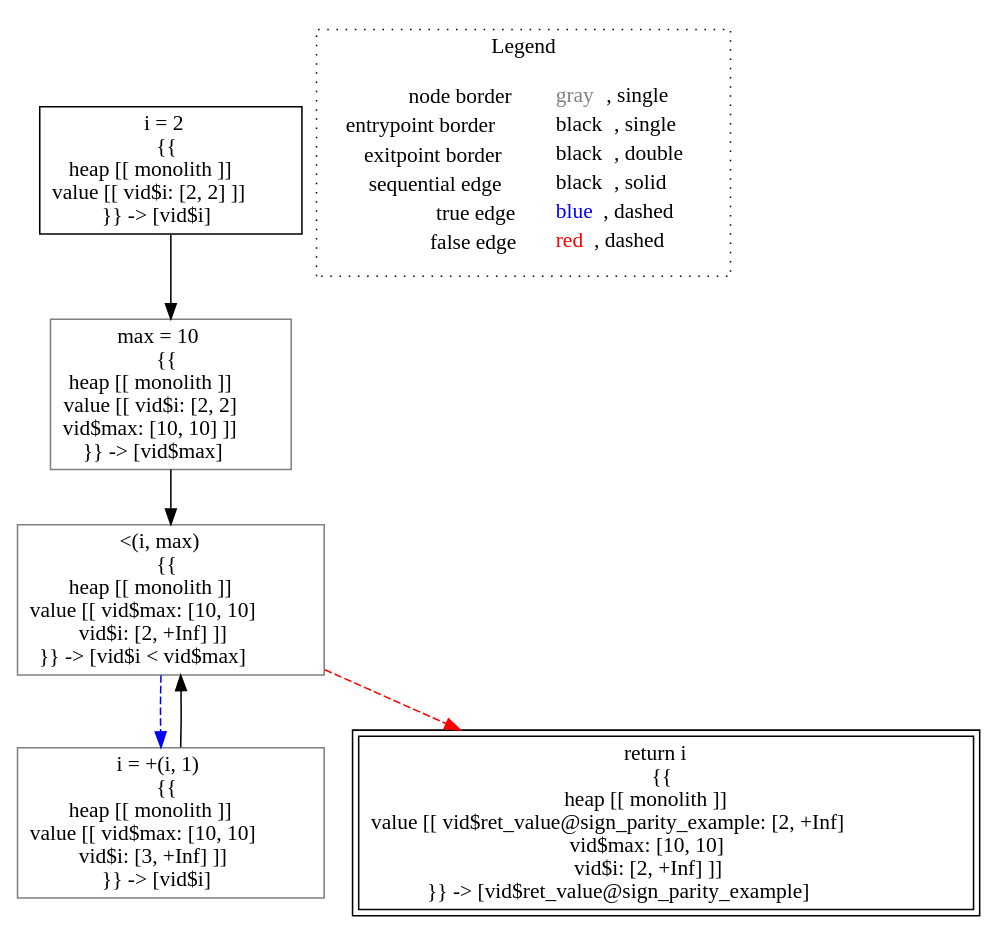
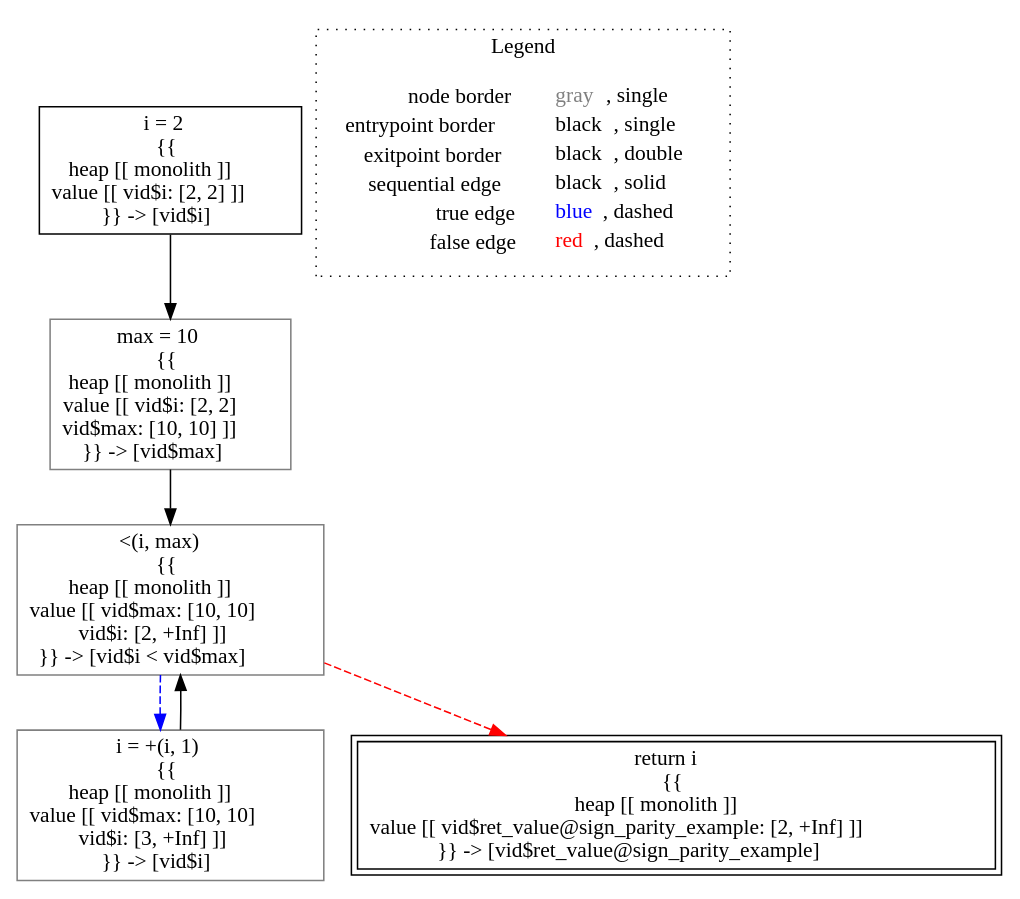
The diagram in lisa/imp-testcases/numeric/interval/analysis___untyped_tutorial.sign_parity_example().dot (lisa-analyzer/lisa), drawn with Graphviz before and after one commit. The commit also changed 57 other files, not shown here.

```diff
--- a/lisa/imp-testcases/numeric/interval/analysis___untyped_tutorial.sign_parity_example().dot
+++ b/lisa/imp-testcases/numeric/interval/analysis___untyped_tutorial.sign_parity_example().dot
@@ -1,19 +1,19 @@
 digraph {
 	"node0" [shape="rect",color="black",label=<i = 2<BR/>{{<BR/>heap [[ monolith ]]<BR/>value [[ vid$i: [2, 2] ]]<BR/>}} -&gt; [vid$i]>];
-	"node1" [shape="rect",color="gray",label=<i = +(i, 1)<BR/>{{<BR/>heap [[ monolith ]]<BR/>value [[ vid$max: [10, 10]<BR/>vid$i: [3, +Inf] ]]<BR/>}} -&gt; [vid$i]>];
-	"node2" [shape="rect",color="black",peripheries="2",label=<return i<BR/>{{<BR/>heap [[ monolith ]]<BR/>value [[ vid$ret_value@sign_parity_example: [2, +Inf]<BR/>vid$max: [10, 10]<BR/>vid$i: [2, +Inf] ]]<BR/>}} -&gt; [vid$ret_value@sign_parity_example]>];
+	"node1" [shape="rect",color="gray",label=<max = 10<BR/>{{<BR/>heap [[ monolith ]]<BR/>value [[ vid$i: [2, 2]<BR/>vid$max: [10, 10] ]]<BR/>}} -&gt; [vid$max]>];
+	"node2" [shape="rect",color="gray",label=<i = +(i, 1)<BR/>{{<BR/>heap [[ monolith ]]<BR/>value [[ vid$max: [10, 10]<BR/>vid$i: [3, +Inf] ]]<BR/>}} -&gt; [vid$i]>];
 	"node3" [shape="rect",color="gray",label=<&lt;(i, max)<BR/>{{<BR/>heap [[ monolith ]]<BR/>value [[ vid$max: [10, 10]<BR/>vid$i: [2, +Inf] ]]<BR/>}} -&gt; [vid$i &lt; vid$max]>];
-	"node4" [shape="rect",color="gray",label=<max = 10<BR/>{{<BR/>heap [[ monolith ]]<BR/>value [[ vid$i: [2, 2]<BR/>vid$max: [10, 10] ]]<BR/>}} -&gt; [vid$max]>];
+	"node4" [shape="rect",color="black",peripheries="2",label=<return i<BR/>{{<BR/>heap [[ monolith ]]<BR/>value [[ vid$ret_value@sign_parity_example: [2, +Inf] ]]<BR/>}} -&gt; [vid$ret_value@sign_parity_example]>];
+	"node0" -> "node1" [color="black"];
 	"node1" -> "node3" [color="black"];
-	"node3" -> "node1" [color="blue",style="dashed"];
-	"node3" -> "node2" [color="red",style="dashed"];
-	"node0" -> "node4" [color="black"];
-	"node4" -> "node3" [color="black"];
+	"node2" -> "node3" [color="black"];
+	"node3" -> "node2" [color="blue",style="dashed"];
+	"node3" -> "node4" [color="red",style="dashed"];
 subgraph cluster_legend {
 	label="Legend";
 	style=dotted;
 	node [shape=plaintext];
 	"legend" [label=<<table border="0" cellpadding="2" cellspacing="0" cellborder="0"><tr><td align="right">node border&nbsp;</td><td align="left"><font color="gray">gray</font>, single</td></tr><tr><td align="right">entrypoint border&nbsp;</td><td align="left"><font color="black">black</font>, single</td></tr><tr><td align="right">exitpoint border&nbsp;</td><td align="left"><font color="black">black</font>, double</td></tr><tr><td align="right">sequential edge&nbsp;</td><td align="left"><font color="black">black</font>, solid</td></tr><tr><td align="right">true edge&nbsp;</td><td align="left"><font color="blue">blue</font>, dashed</td></tr><tr><td align="right">false edge&nbsp;</td><td align="left"><font color="red">red</font>, dashed</td></tr></table>>];
 }
 
 }
```
